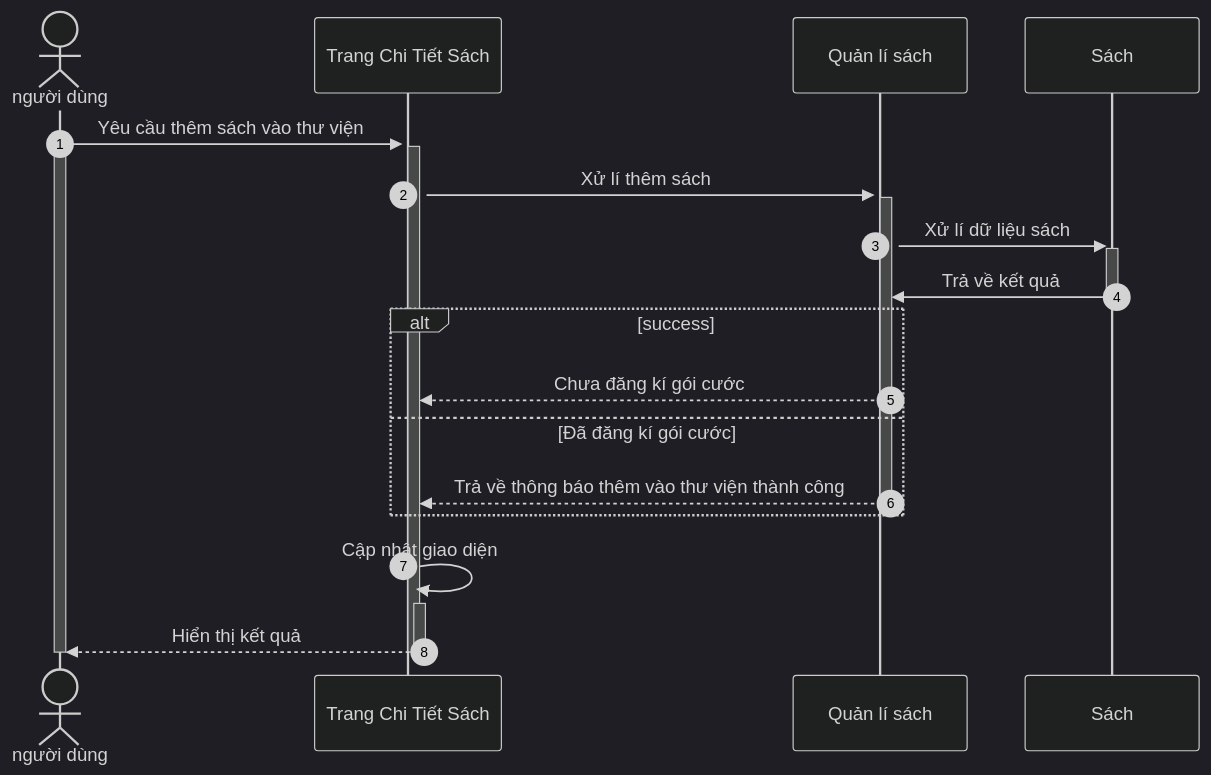
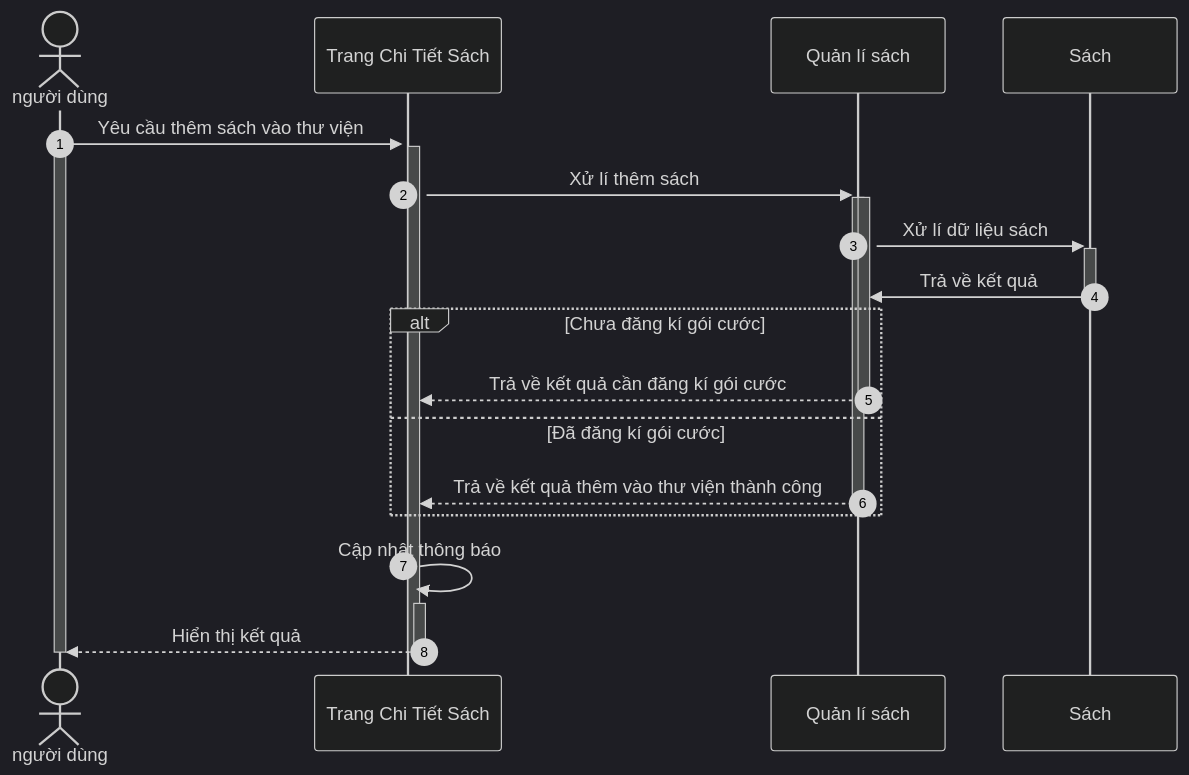
One commit to LienNTB/sequence-Mori changed the diagram in .document/sequence/NguoiDung/QuanLiThuVienCuaToi/ThemSachVaoThuVien.md. Above: the diagram before and after it, drawn with Mermaid (dark theme). The commit also changed 8 other files, not shown here.

````diff
--- a/.document/sequence/NguoiDung/QuanLiThuVienCuaToi/ThemSachVaoThuVien.md
+++ b/.document/sequence/NguoiDung/QuanLiThuVienCuaToi/ThemSachVaoThuVien.md
@@ -1,26 +1,26 @@
 ```mermaid
 sequenceDiagram
 actor user as người dùng
 participant ui as Trang Chi Tiết Sách
 participant manage as Quản lí sách
 participant db as Sách
 autonumber
 
-
 user->>+ui: Yêu cầu thêm sách vào thư viện
 activate user
 activate ui
 ui->>+manage: Xử lí thêm sách
 activate manage
 manage->>+db: Xử lí dữ liệu sách
 db->>-manage:Trả về kết quả
-alt success
-  manage-->>ui:Chưa đăng kí gói cước
+alt Chưa đăng kí gói cước
+  manage-->>-ui:Trả về kết quả cần đăng kí gói cước
 else Đã đăng kí gói cước
-  manage-->>-ui:Trả về thông báo thêm vào thư viện thành công
+  manage-->>-ui:Trả về kết quả thêm vào thư viện thành công
 end
-ui->>+ui: Cập nhật giao diện
+ui->>+ui: Cập nhật thông báo
 ui-->>-user: Hiển thị kết quả
 deactivate ui
 deactivate user
+
 ```
````
